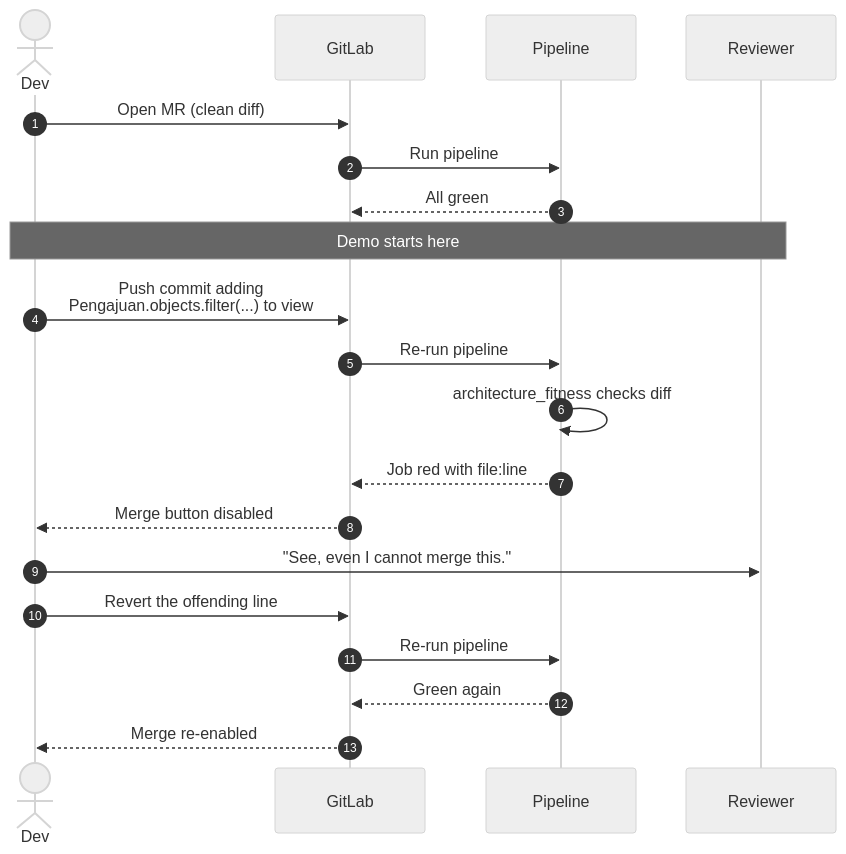
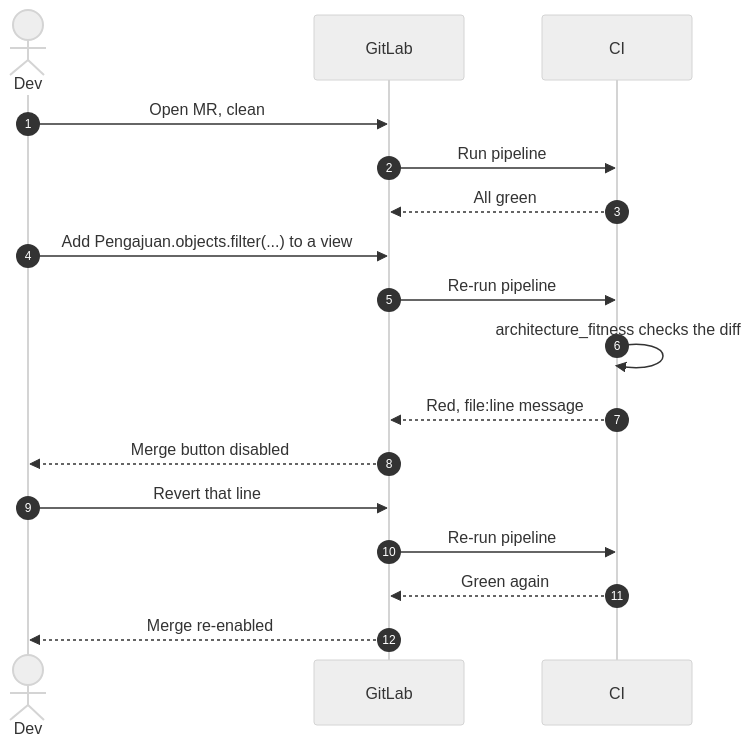
One commit to HusinHakim/blog-husin changed the sixth of 6 diagrams in content/post/refactoring-fitness-functions.md. Above: the diagram before and after it, drawn with Mermaid (neutral theme). The commit also changed other lines of this file, not shown here.

```diff
--- a/content/post/refactoring-fitness-functions.md
+++ b/content/post/refactoring-fitness-functions.md
@@ -281,23 +200,20 @@
 {{< mermaid >}}
 sequenceDiagram
     autonumber
     actor Dev
     participant Git as GitLab
-    participant CI as Pipeline
-    participant Reviewer
+    participant CI
 
-    Dev->>Git: Open MR (clean diff)
+    Dev->>Git: Open MR, clean
     Git->>CI: Run pipeline
     CI-->>Git: All green
-    Note over Dev,Reviewer: Demo starts here
-    Dev->>Git: Push commit adding<br/>Pengajuan.objects.filter(...) to view
+    Dev->>Git: Add Pengajuan.objects.filter(...) to a view
     Git->>CI: Re-run pipeline
-    CI->>CI: architecture_fitness checks diff
-    CI-->>Git: Job red with file:line
+    CI->>CI: architecture_fitness checks the diff
+    CI-->>Git: Red, file:line message
     Git-->>Dev: Merge button disabled
-    Dev->>Reviewer: "See, even I cannot merge this."
-    Dev->>Git: Revert the offending line
+    Dev->>Git: Revert that line
     Git->>CI: Re-run pipeline
     CI-->>Git: Green again
     Git-->>Dev: Merge re-enabled
 {{< /mermaid >}}
```
